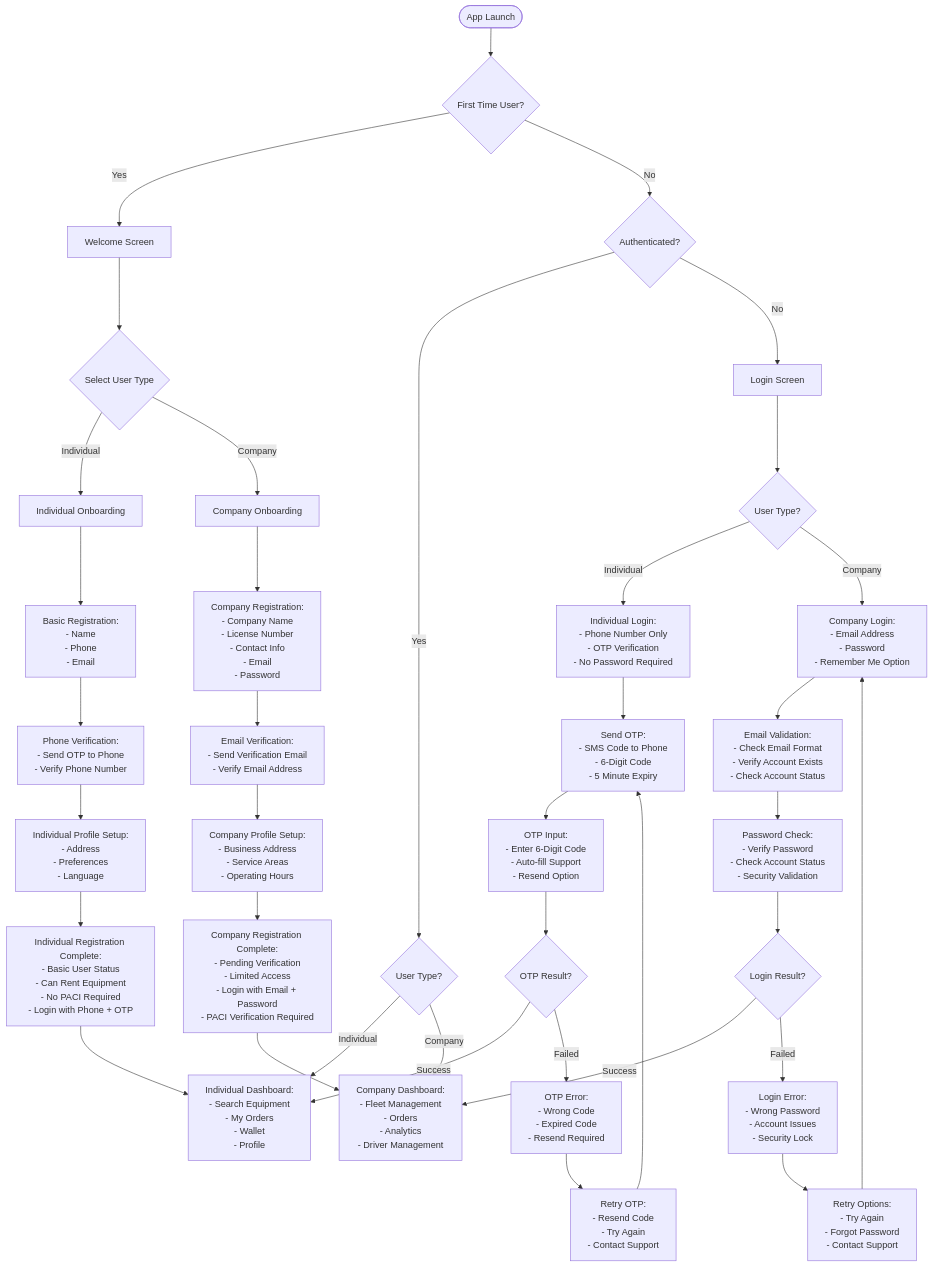
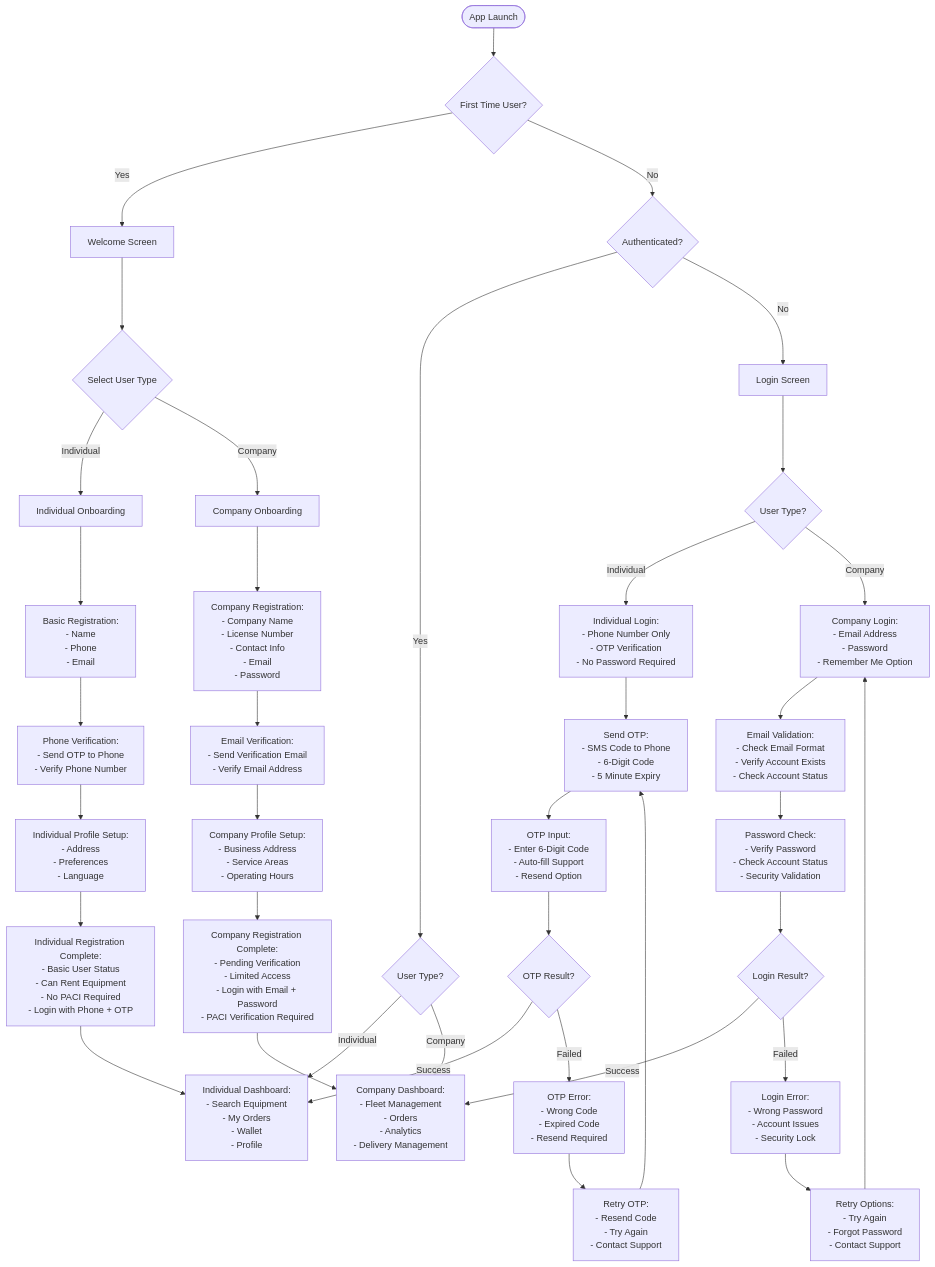
One commit to engaotb/YARDR changed the first of 15 diagrams in 04_User_Experience_Flows.md. Above: the diagram before and after it, drawn with Mermaid. The commit also changed other lines of this file, not shown here.

First line of the commit message:
Simplify Driver system to text-based delivery management

````diff
--- a/04_User_Experience_Flows.md
+++ b/04_User_Experience_Flows.md
@@ -33,58 +33,58 @@
 ```mermaid
 flowchart TD
     Start([App Launch]) --> FirstTime{First Time User?}
     
     FirstTime -->|Yes| Welcome[Welcome Screen]
     FirstTime -->|No| AuthCheck{Authenticated?}
     
     Welcome --> UserType{Select User Type}
     UserType -->|Individual| IndividualOnboarding[Individual Onboarding]
     UserType -->|Company| CompanyOnboarding[Company Onboarding]
     
     IndividualOnboarding --> BasicRegistration[Basic Registration:<br/>- Name<br/>- Phone<br/>- Email]
     CompanyOnboarding --> CompanyRegistration[Company Registration:<br/>- Company Name<br/>- License Number<br/>- Contact Info<br/>- Email<br/>- Password]
     
     BasicRegistration --> PhoneVerification[Phone Verification:<br/>- Send OTP to Phone<br/>- Verify Phone Number]
     CompanyRegistration --> EmailVerification[Email Verification:<br/>- Send Verification Email<br/>- Verify Email Address]
     
     PhoneVerification --> IndividualProfileSetup[Individual Profile Setup:<br/>- Address<br/>- Preferences<br/>- Language]
     EmailVerification --> CompanyProfileSetup[Company Profile Setup:<br/>- Business Address<br/>- Service Areas<br/>- Operating Hours]
     
     IndividualProfileSetup --> IndividualComplete[Individual Registration Complete:<br/>- Basic User Status<br/>- Can Rent Equipment<br/>- No PACI Required<br/>- Login with Phone + OTP]
     CompanyProfileSetup --> CompanyComplete[Company Registration Complete:<br/>- Pending Verification<br/>- Limited Access<br/>- Login with Email + Password<br/>- PACI Verification Required]
     
     IndividualComplete --> IndividualDashboard[Individual Dashboard:<br/>- Search Equipment<br/>- My Orders<br/>- Wallet<br/>- Profile Settings]
     CompanyComplete --> CompanyDashboard[Company Dashboard:<br/>- Pending Verification<br/>- Upload Documents<br/>- PACI Verification<br/>- Limited Features]
     
     AuthCheck -->|Yes| UserTypeCheck{User Type?}
     AuthCheck -->|No| Login[Login Screen]
     
     UserTypeCheck -->|Individual| IndividualDashboard
     UserTypeCheck -->|Company| CompanyDashboard
     Login --> UserTypeLogin{User Type?}
     UserTypeLogin -->|Individual| IndividualLogin[Individual Login:<br/>- Phone Number Only<br/>- OTP Verification<br/>- No Password Required]
     UserTypeLogin -->|Company| CompanyLogin[Company Login:<br/>- Email Address<br/>- Password<br/>- Remember Me Option]
     
     IndividualLogin --> SendOTP[Send OTP:<br/>- SMS Code to Phone<br/>- 6-Digit Code<br/>- 5 Minute Expiry]
     
     CompanyLogin --> EmailValidation[Email Validation:<br/>- Check Email Format<br/>- Verify Account Exists<br/>- Check Account Status]
     
     SendOTP --> OTPInput[OTP Input:<br/>- Enter 6-Digit Code<br/>- Auto-fill Support<br/>- Resend Option]
     
     EmailValidation --> PasswordCheck[Password Check:<br/>- Verify Password<br/>- Check Account Status<br/>- Security Validation]
     
     OTPInput --> OTPResult{OTP Result?}
     PasswordCheck --> LoginResult{Login Result?}
     
     OTPResult -->|Success| IndividualDashboard[Individual Dashboard:<br/>- Search Equipment<br/>- My Orders<br/>- Wallet<br/>- Profile]
     OTPResult -->|Failed| OTPError[OTP Error:<br/>- Wrong Code<br/>- Expired Code<br/>- Resend Required]
     
-    LoginResult -->|Success| CompanyDashboard[Company Dashboard:<br/>- Fleet Management<br/>- Orders<br/>- Analytics<br/>- Driver Management]
+    LoginResult -->|Success| CompanyDashboard[Company Dashboard:<br/>- Fleet Management<br/>- Orders<br/>- Analytics<br/>- Delivery Management]
     LoginResult -->|Failed| LoginError[Login Error:<br/>- Wrong Password<br/>- Account Issues<br/>- Security Lock]
     
     LoginError --> RetryOptions[Retry Options:<br/>- Try Again<br/>- Forgot Password<br/>- Contact Support]
     OTPError --> RetryOTP[Retry OTP:<br/>- Resend Code<br/>- Try Again<br/>- Contact Support]
     
     RetryOptions --> CompanyLogin
     RetryOTP --> SendOTP
 ```
````
